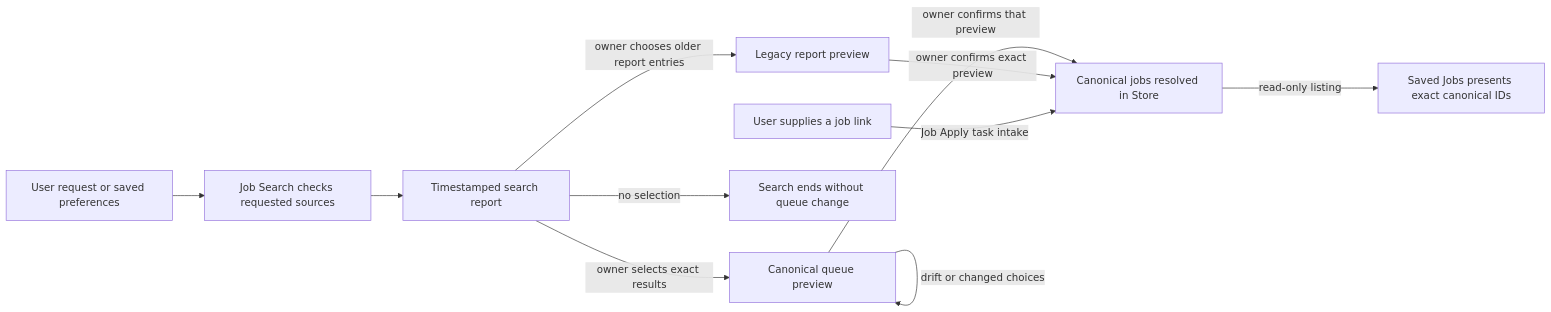
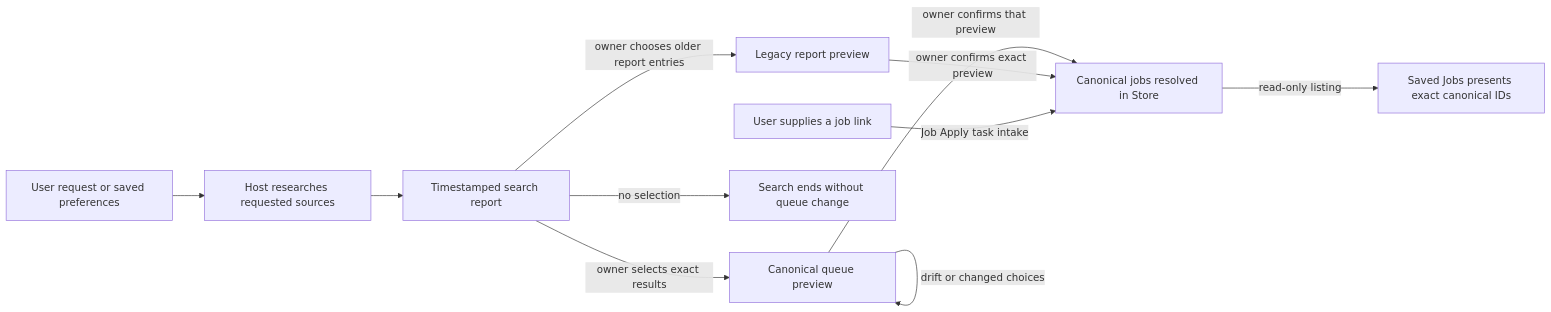
Before and after one commit to neonwatty/job-apply-plugin: the fourth of 6 diagrams in skills/answer-memory/references/workflow-map.md, drawn with Mermaid. The commit also changed other lines of this file and 10 other files, not shown here.

Commit message:
Consolidate job search workflows and guard queue duplicates

````diff
--- a/skills/answer-memory/references/workflow-map.md
+++ b/skills/answer-memory/references/workflow-map.md
@@ -90,13 +90,13 @@
 ```mermaid
 flowchart LR
-  Criteria[User request or saved preferences] --> Search[Job Search checks requested sources]
+  Criteria[User request or saved preferences] --> Search[Host researches requested sources]
   Search --> Report[Timestamped search report]
   Report -->|owner selects exact results| Preview[Canonical queue preview]
   Preview -->|owner confirms that preview| Queue[Canonical jobs resolved in Store]
   Preview -->|drift or changed choices| Preview
   Report -->|owner chooses older report entries| Legacy[Legacy report preview]
   Legacy -->|owner confirms exact preview| Queue
   Report -->|no selection| End[Search ends without queue change]
   Queue -->|read-only listing| Saved[Saved Jobs presents exact canonical IDs]
   Direct[User supplies a job link] -->|Job Apply task intake| Queue
 ```
````
